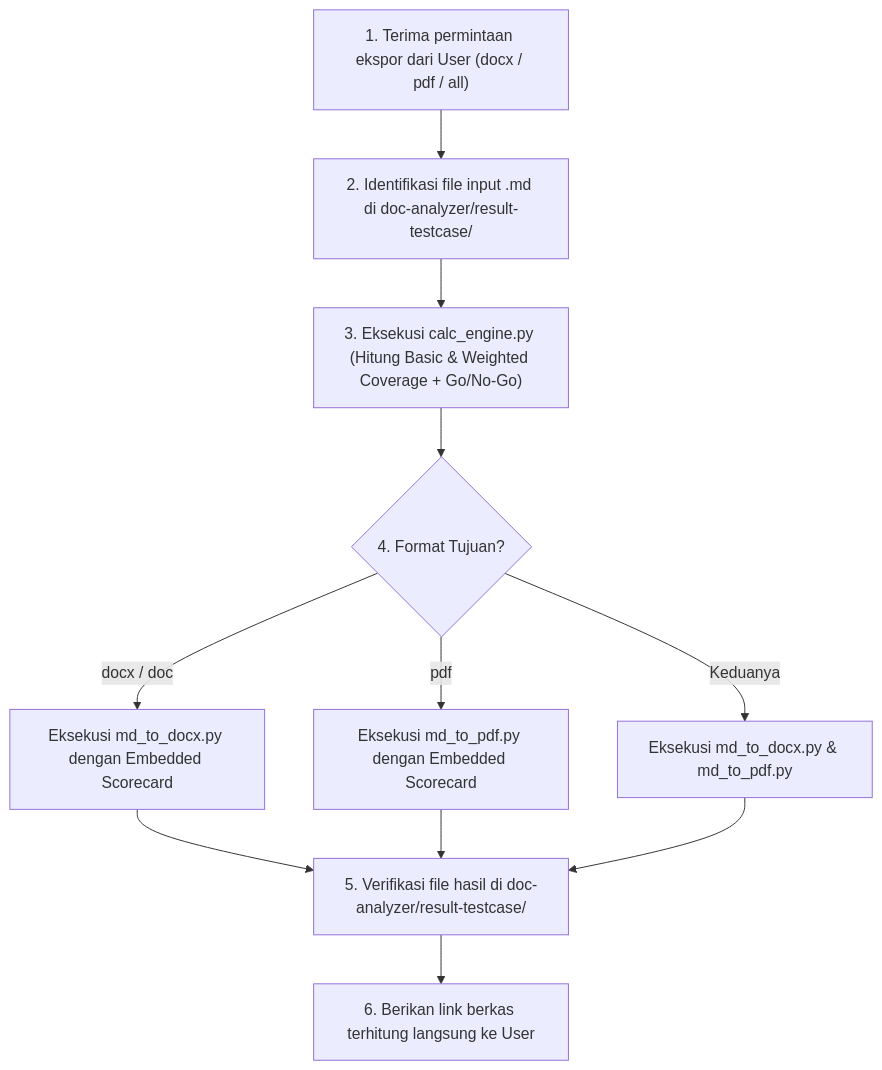
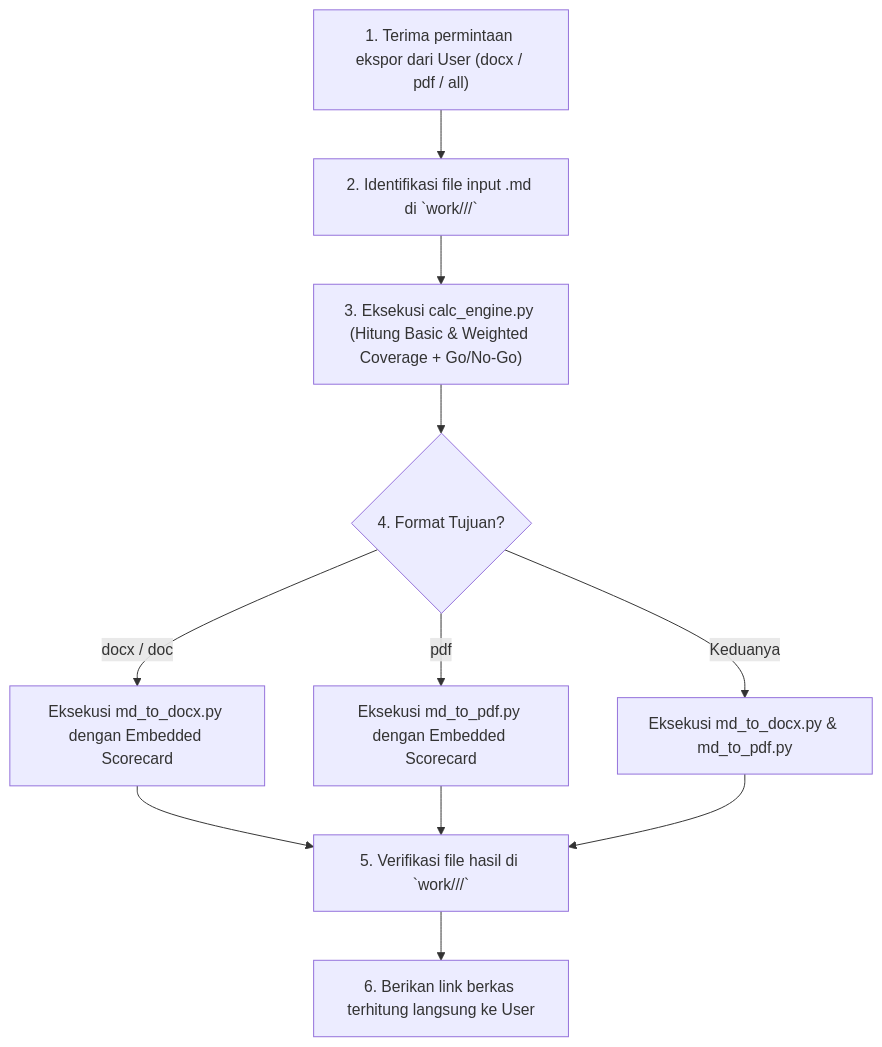
One commit to fadlyady/prdanalyzer changed the diagram in .agents/skills/convert-with-calculation/SKILL.md. Above: the diagram before and after it, drawn with Mermaid. The commit also changed other lines of this file and 21 other files, not shown here.

````diff
--- a/.agents/skills/convert-with-calculation/SKILL.md
+++ b/.agents/skills/convert-with-calculation/SKILL.md
@@ -107,13 +115,13 @@
 ```mermaid
 graph TD
-    A["1. Terima permintaan ekspor dari User (docx / pdf / all)"] --> B["2. Identifikasi file input .md di doc-analyzer/result-testcase/"]
+    A["1. Terima permintaan ekspor dari User (docx / pdf / all)"] --> B["2. Identifikasi file input .md di `work/<ALIAS>/<fitur>/`"]
     B --> C["3. Eksekusi calc_engine.py (Hitung Basic & Weighted Coverage + Go/No-Go)"]
     C --> D{"4. Format Tujuan?"}
     D -- "docx / doc" --> E["Eksekusi md_to_docx.py dengan Embedded Scorecard"]
     D -- "pdf" --> F["Eksekusi md_to_pdf.py dengan Embedded Scorecard"]
     D -- "Keduanya" --> G["Eksekusi md_to_docx.py & md_to_pdf.py"]
-    E --> H["5. Verifikasi file hasil di doc-analyzer/result-testcase/"]
+    E --> H["5. Verifikasi file hasil di `work/<ALIAS>/<fitur>/`"]
     F --> H
     G --> H
     H --> I["6. Berikan link berkas terhitung langsung ke User"]
 ```
````
